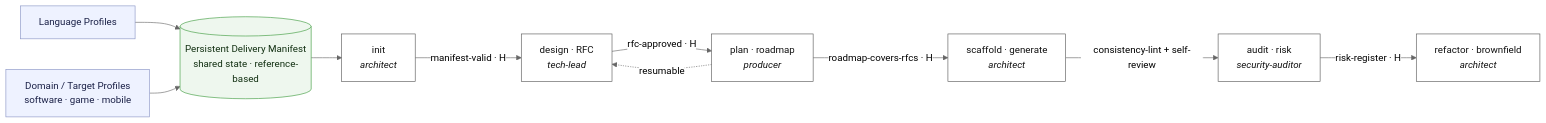
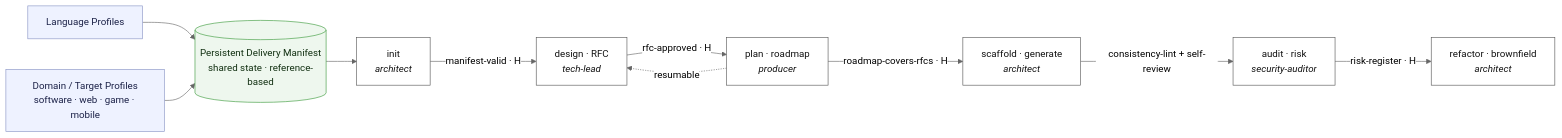
One commit to danielPoloWork/pgs-eaao changed the first of 2 diagrams in .eados-core/docs/rfc/0001-eados-delivery-os.md. Above: the diagram before and after it, drawn with Mermaid (neutral theme). The commit also changed 16 other files, not shown here.

````diff
--- a/.eados-core/docs/rfc/0001-eados-delivery-os.md
+++ b/.eados-core/docs/rfc/0001-eados-delivery-os.md
@@ -72,21 +72,21 @@
 ```mermaid
 flowchart LR
   classDef data fill:#eef2ff,stroke:#8893c4,color:#1b2147;
   classDef state fill:#eef7ee,stroke:#3a9a3a,color:#123012;
   classDef phase fill:#ffffff,stroke:#555555,color:#111111;
 
   LP["Language Profiles"]:::data
-  DP["Domain / Target Profiles<br/>software · game · mobile"]:::data
+  DP["Domain / Target Profiles<br/>software · web · game · mobile"]:::data
   MAN[("Persistent Delivery Manifest<br/>shared state · reference-based")]:::state
 
   LP --> MAN
   DP --> MAN
   MAN --> INIT
 
   INIT["init<br/><i>architect</i>"]:::phase -->|"manifest-valid · H"| DESIGN["design · RFC<br/><i>tech-lead</i>"]:::phase
   DESIGN -->|"rfc-approved · H"| PLAN["plan · roadmap<br/><i>producer</i>"]:::phase
   PLAN -->|"roadmap-covers-rfcs · H"| SCAFFOLD["scaffold · generate<br/><i>architect</i>"]:::phase
   SCAFFOLD -->|"consistency-lint + self-review"| AUDIT["audit · risk<br/><i>security-auditor</i>"]:::phase
   AUDIT -->|"risk-register · H"| REFACTOR["refactor · brownfield<br/><i>architect</i>"]:::phase
   PLAN -. resumable .-> DESIGN
 ```
````
